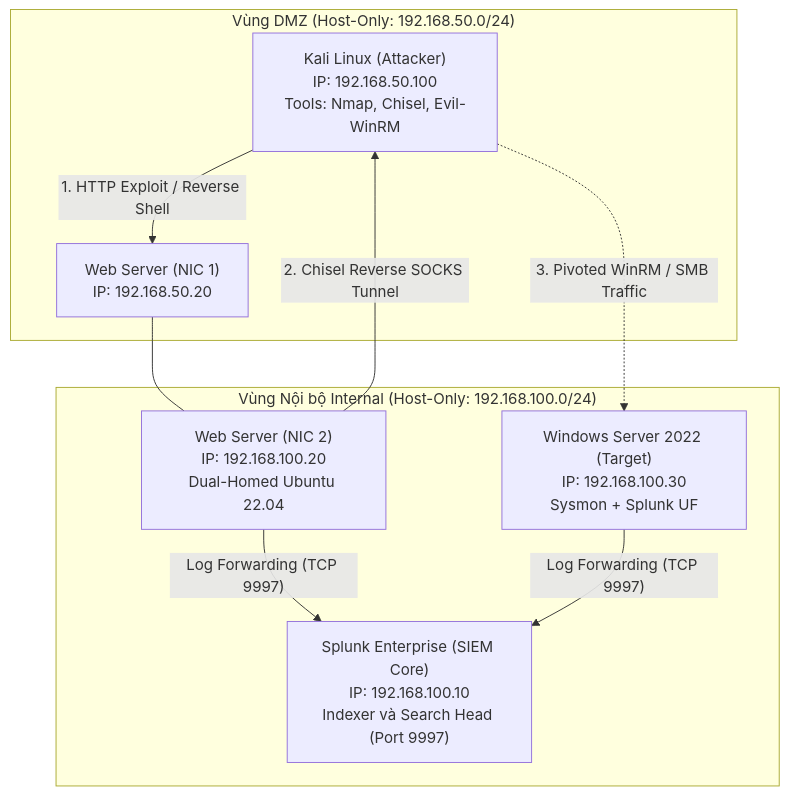
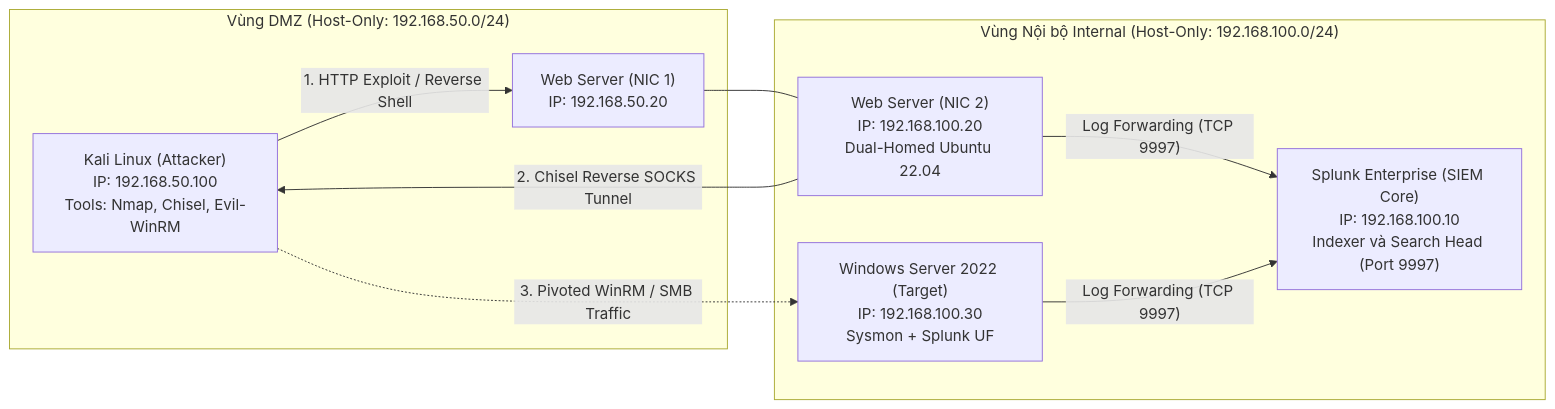
Before and after one commit to vuongdat67/silver-happiness: the second of 7 diagrams in docs/posts/splunk/week5/index.md, drawn with Mermaid. The commit also changed other lines of this file and 13 other files, not shown here.

````diff
--- a/docs/posts/splunk/week5/index.md
+++ b/docs/posts/splunk/week5/index.md
@@ -88,23 +88,23 @@
 ```mermaid
-graph TB
+graph LR
     subgraph DMZ_Network ["Vùng DMZ (Host-Only: 192.168.50.0/24)"]
         KALI["Kali Linux (Attacker)\nIP: 192.168.50.100\nTools: Nmap, Chisel, Evil-WinRM"]
         WEB_NIC1["Web Server (NIC 1)\nIP: 192.168.50.20"]
     end
 
     subgraph Internal_Network ["Vùng Nội bộ Internal (Host-Only: 192.168.100.0/24)"]
         WEB_NIC2["Web Server (NIC 2)\nIP: 192.168.100.20\nDual-Homed Ubuntu 22.04"]
         WIN["Windows Server 2022 (Target)\nIP: 192.168.100.30\nSysmon + Splunk UF"]
         SPLUNK["Splunk Enterprise (SIEM Core)\nIP: 192.168.100.10\nIndexer và Search Head (Port 9997)"]
     end
 
     KALI -->|"1. HTTP Exploit / Reverse Shell"| WEB_NIC1
     WEB_NIC1 --- WEB_NIC2
     WEB_NIC2 -->|"2. Chisel Reverse SOCKS Tunnel"| KALI
     KALI -.->|"3. Pivoted WinRM / SMB Traffic"| WIN
     
     WEB_NIC2 -->|"Log Forwarding (TCP 9997)"| SPLUNK
     WIN -->|"Log Forwarding (TCP 9997)"| SPLUNK
 
 
 ```
````
